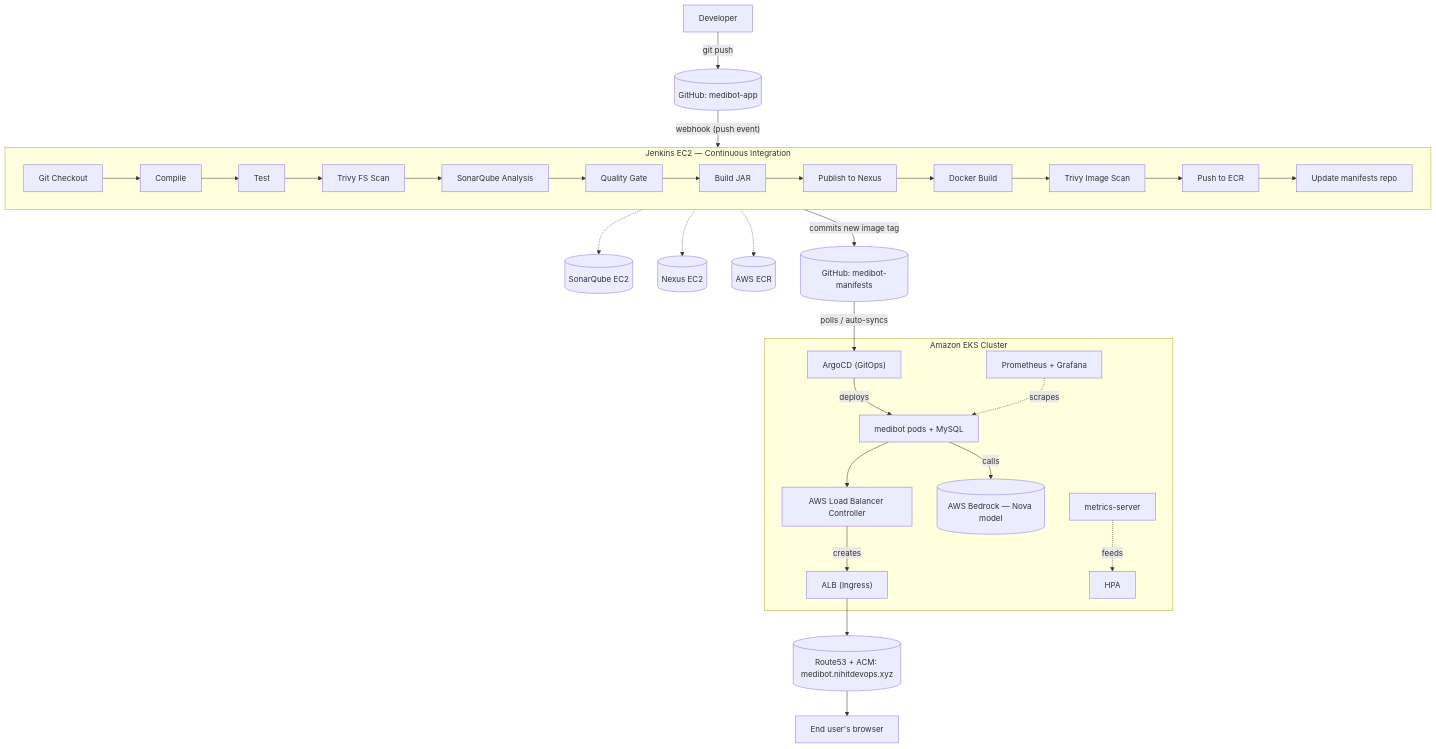
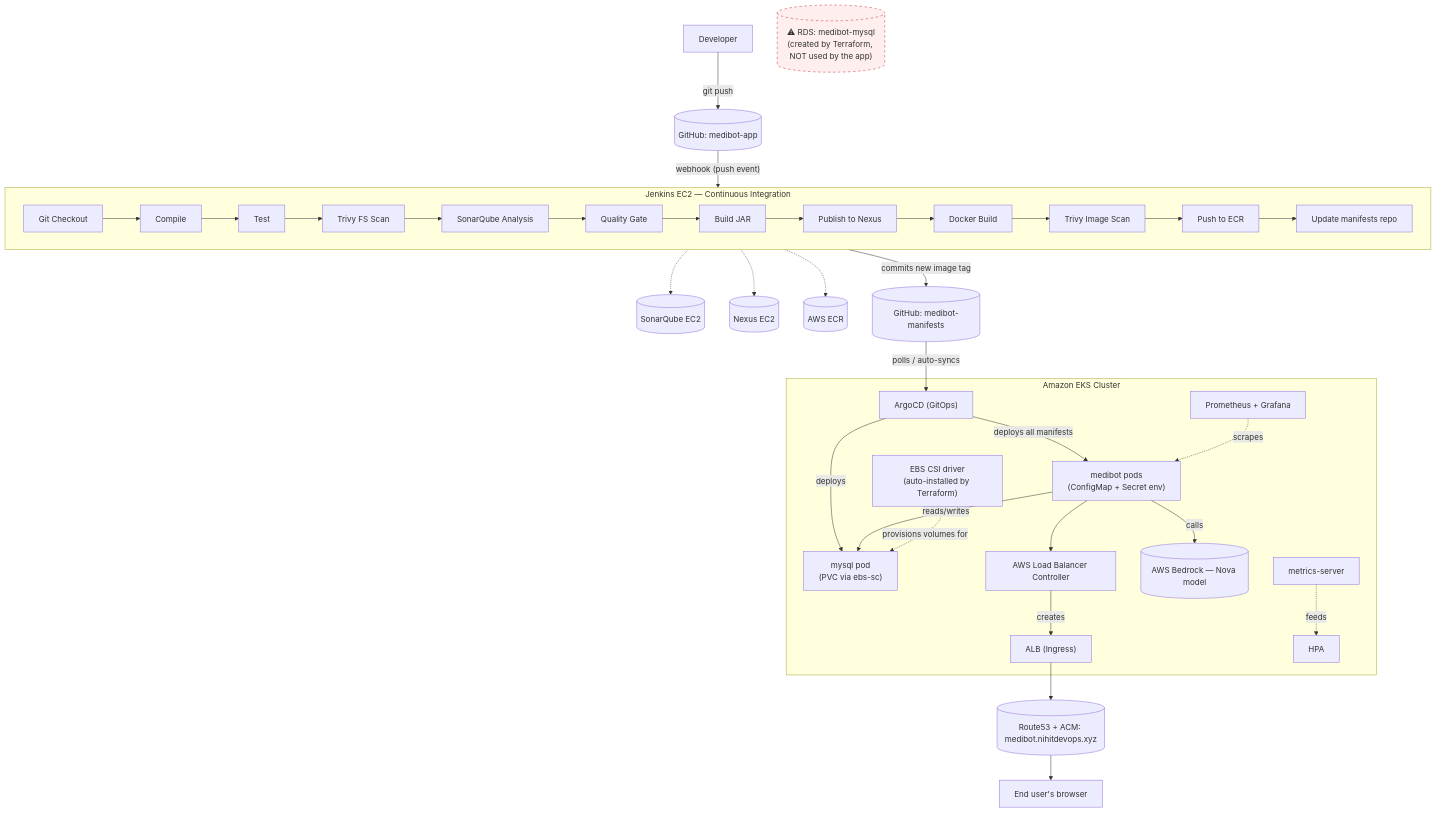
Before and after one commit to nihitkumar78/projects: the diagram in medibot/MediBot-Setup-And-Teardown-Guide.md, drawn with Mermaid. The commit also changed other lines of this file, not shown here.

Commit message:
Rewrite guide: fix diagram, add missing manifests phase, AWS CLI connect step, flag unused RDS

````diff
--- a/medibot/MediBot-Setup-And-Teardown-Guide.md
+++ b/medibot/MediBot-Setup-And-Teardown-Guide.md
@@ -51,32 +58,38 @@
 ```mermaid
 flowchart TD
     DEV["Developer"] -->|git push| REPO1[("GitHub: medibot-app")]
     REPO1 -->|"webhook (push event)"| J1
 
     subgraph JENKINS["Jenkins EC2 — Continuous Integration"]
         direction LR
         J1["Git Checkout"] --> J2["Compile"] --> J3["Test"] --> J4["Trivy FS Scan"]
         J4 --> J5["SonarQube Analysis"] --> J6["Quality Gate"] --> J7["Build JAR"]
         J7 --> J8["Publish to Nexus"] --> J9["Docker Build"] --> J10["Trivy Image Scan"]
         J10 --> J11["Push to ECR"] --> J12["Update manifests repo"]
     end
 
     J5 -.-> SONAR[("SonarQube EC2")]
     J8 -.-> NEXUS[("Nexus EC2")]
     J11 -.-> ECR[("AWS ECR")]
     J12 -->|commits new image tag| REPO2[("GitHub: medibot-manifests")]
 
     REPO2 -->|polls / auto-syncs| ARGOCD
 
     subgraph EKS["Amazon EKS Cluster"]
-        ARGOCD["ArgoCD (GitOps)"] -->|deploys| APP["medibot pods + MySQL"]
+        ARGOCD["ArgoCD (GitOps)"] -->|deploys all manifests| APP["medibot pods\n(ConfigMap + Secret env)"]
+        ARGOCD -->|deploys| MYSQL["mysql pod\n(PVC via ebs-sc)"]
+        APP -->|reads/writes| MYSQL
         ALBCTRL["AWS Load Balancer Controller"] -->|creates| ALB["ALB (Ingress)"]
         APP --> ALBCTRL
         APP -->|calls| BEDROCK[("AWS Bedrock — Nova model")]
         METRICS["metrics-server"] -.->|feeds| HPA["HPA"]
         PROM["Prometheus + Grafana"] -.->|scrapes| APP
+        EBSCSI["EBS CSI driver\n(auto-installed by Terraform)"] -.->|provisions volumes for| MYSQL
     end
 
     ALB --> DNS[("Route53 + ACM: medibot.nihitdevops.xyz")]
     DNS --> USER["End user's browser"]
+
+    RDS[("⚠ RDS: medibot-mysql\n(created by Terraform, NOT used by the app)")]
+    style RDS stroke-dasharray: 5 5,fill:#fee,stroke:#c33
 ```
````
